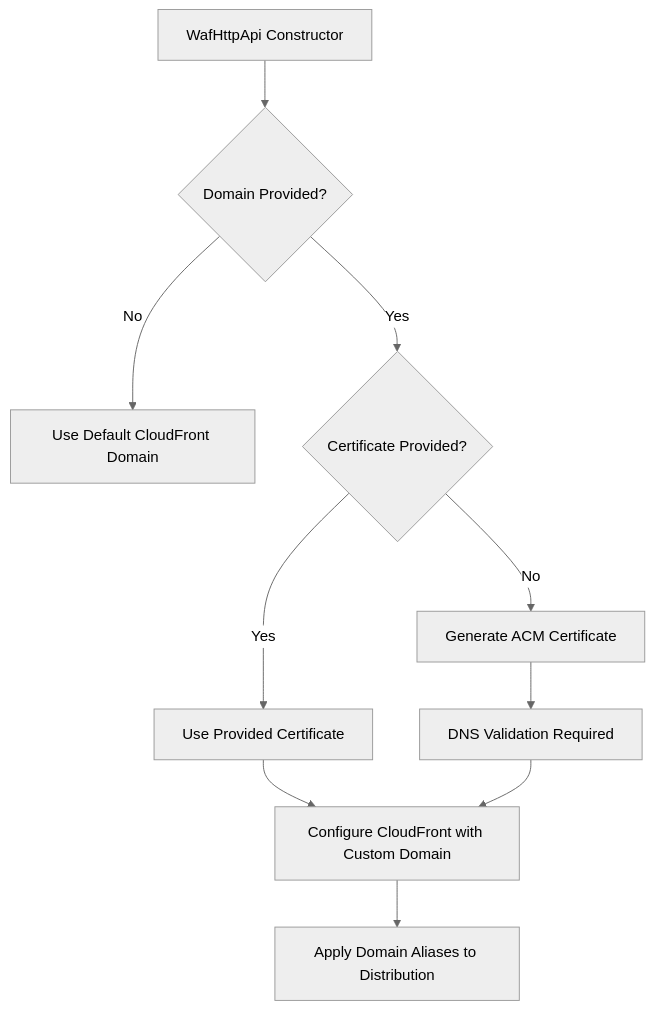
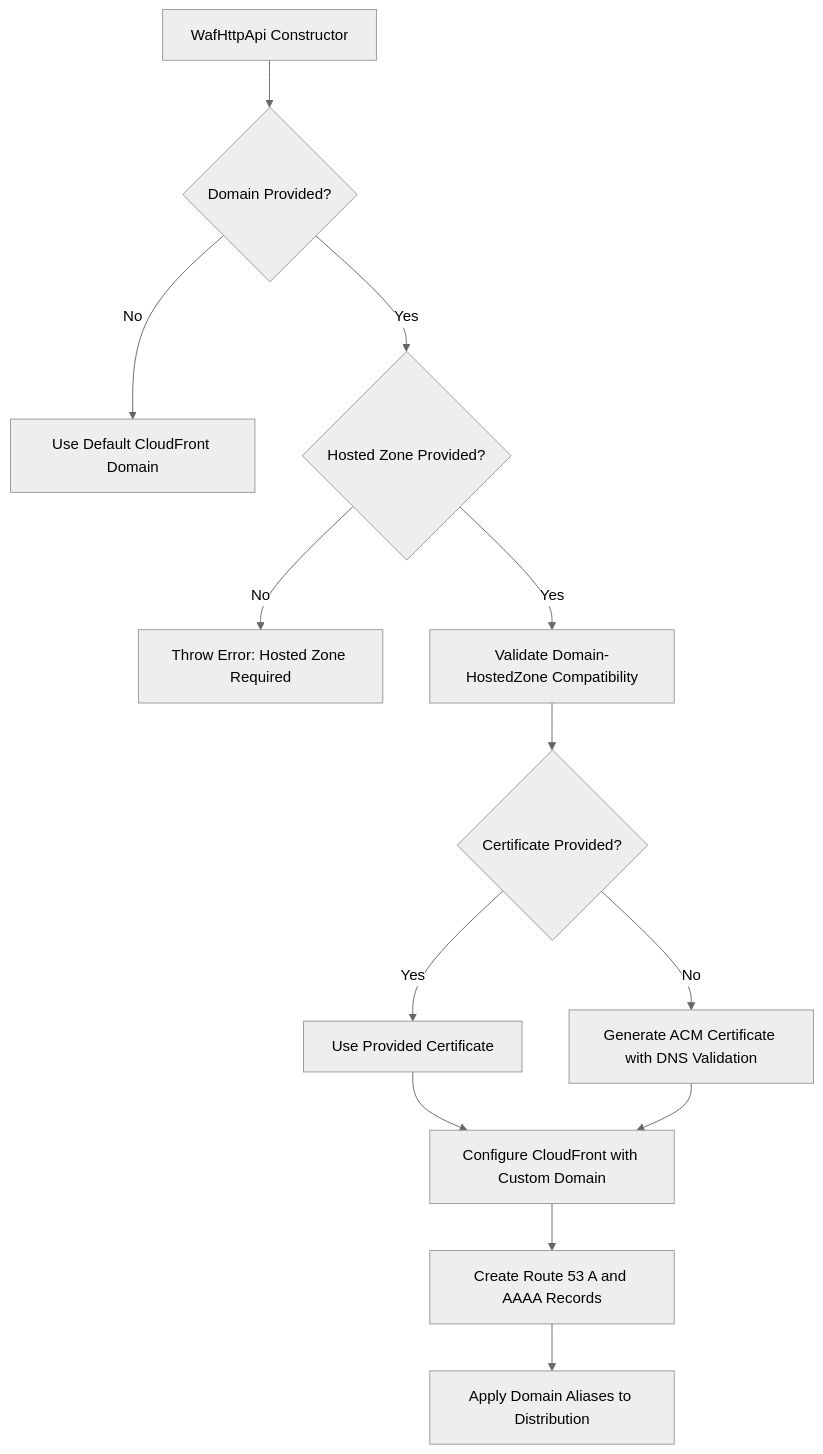
Before and after one commit to JaapHaitsma/waf-http-api: the diagram in .kiro/specs/domain-certificate-support/design.md, drawn with Mermaid (neutral theme). The commit also changed other lines of this file and 2 other files, not shown here.

````diff
--- a/.kiro/specs/domain-certificate-support/design.md
+++ b/.kiro/specs/domain-certificate-support/design.md
@@ -18,12 +18,15 @@
 ```mermaid
 graph TD
     A[WafHttpApi Constructor] --> B{Domain Provided?}
     B -->|No| C[Use Default CloudFront Domain]
-    B -->|Yes| D{Certificate Provided?}
-    D -->|Yes| E[Use Provided Certificate]
-    D -->|No| F[Generate ACM Certificate]
-    F --> G[DNS Validation Required]
-    E --> H[Configure CloudFront with Custom Domain]
-    G --> H
-    H --> I[Apply Domain Aliases to Distribution]
+    B -->|Yes| D{Hosted Zone Provided?}
+    D -->|No| E[Throw Error: Hosted Zone Required]
+    D -->|Yes| F[Validate Domain-HostedZone Compatibility]
+    F --> G{Certificate Provided?}
+    G -->|Yes| H[Use Provided Certificate]
+    G -->|No| I[Generate ACM Certificate with DNS Validation]
+    H --> J[Configure CloudFront with Custom Domain]
+    I --> J
+    J --> K[Create Route 53 A and AAAA Records]
+    K --> L[Apply Domain Aliases to Distribution]
 ```
````
